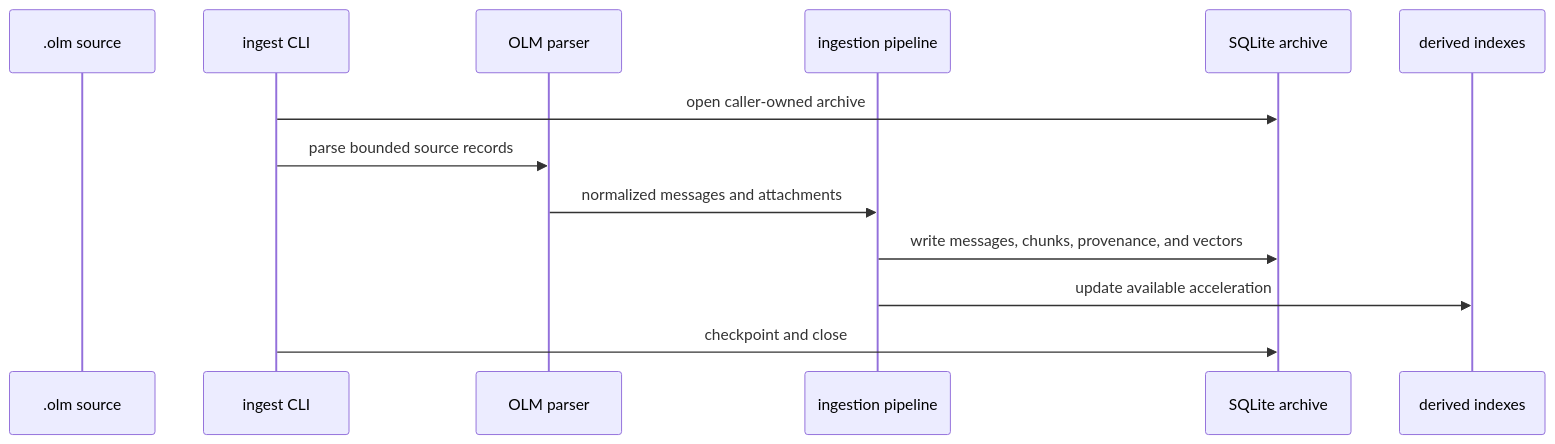
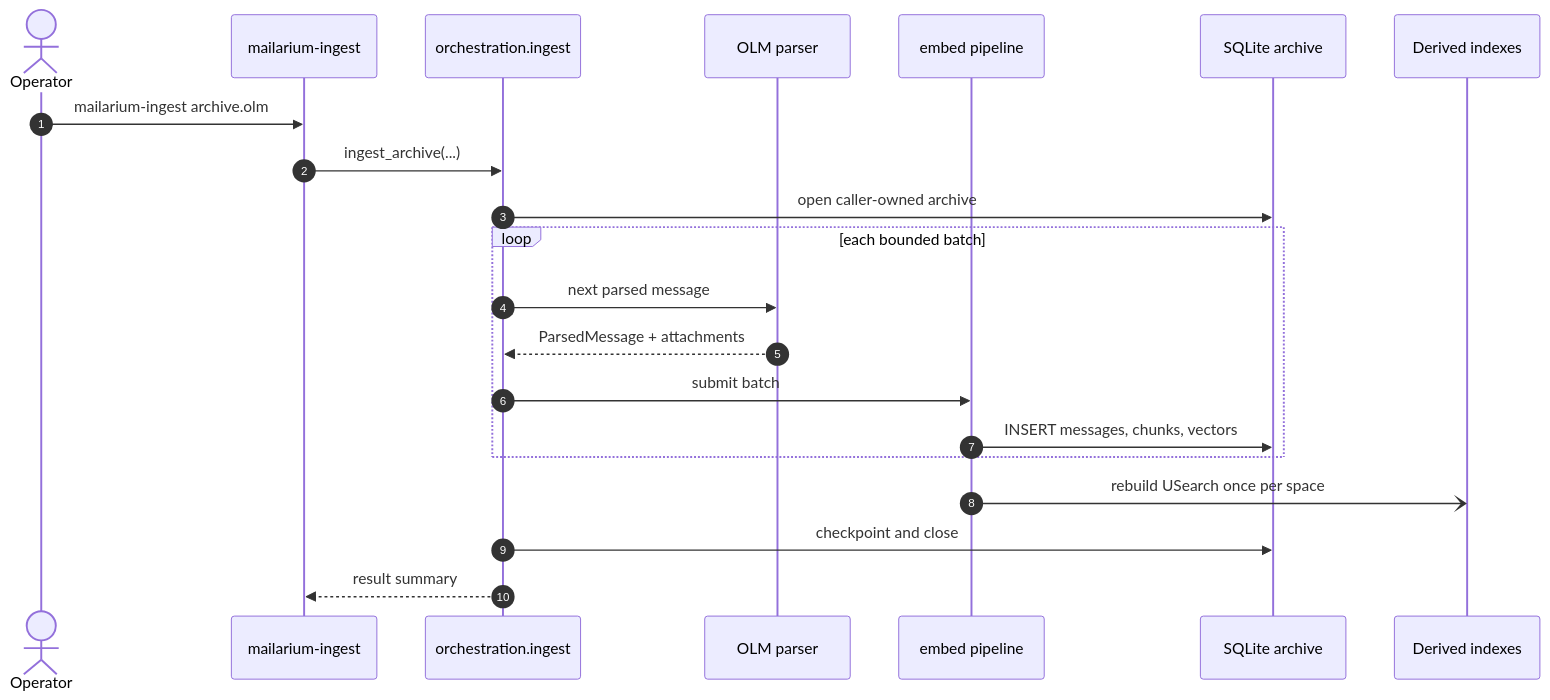
The third of 7 diagrams in docs/ARCHITECTURE.md (sebastianspicker/mailarium-olm), drawn with Mermaid before and after one commit. The commit also changed other lines of this file and 1 other file, not shown here.

First line of the commit message:
Document runtime, user journeys, data model and CI in ARCHITECTURE.md

````diff
--- a/docs/ARCHITECTURE.md
+++ b/docs/ARCHITECTURE.md
@@ -128,16 +160,24 @@
 ```mermaid
 sequenceDiagram
-    participant Source as .olm source
-    participant CLI as ingest CLI
+    autonumber
+    actor U as Operator
+    participant CLI as mailarium-ingest
+    participant Orch as orchestration.ingest
     participant Parser as OLM parser
-    participant Pipeline as ingestion pipeline
+    participant Pipeline as embed pipeline
     participant DB as SQLite archive
-    participant Index as derived indexes
+    participant Index as Derived indexes
 
-    CLI->>DB: open caller-owned archive
-    CLI->>Parser: parse bounded source records
-    Parser->>Pipeline: normalized messages and attachments
-    Pipeline->>DB: write messages, chunks, provenance, and vectors
-    Pipeline->>Index: update available acceleration
-    CLI->>DB: checkpoint and close
+    U->>CLI: mailarium-ingest archive.olm
+    CLI->>Orch: ingest_archive(...)
+    Orch->>DB: open caller-owned archive
+    loop each bounded batch
+        Orch->>Parser: next parsed message
+        Parser-->>Orch: ParsedMessage + attachments
+        Orch->>Pipeline: submit batch
+        Pipeline->>DB: INSERT messages, chunks, vectors
+    end
+    Pipeline-)Index: rebuild USearch once per space
+    Orch->>DB: checkpoint and close
+    Orch-->>CLI: result summary
 ```
````
